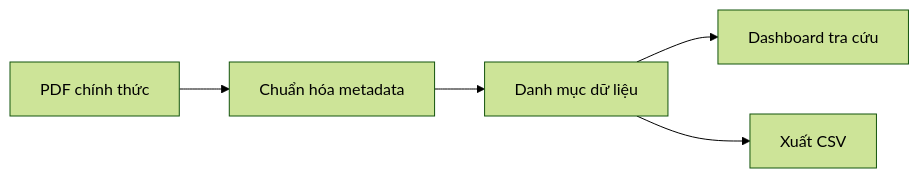
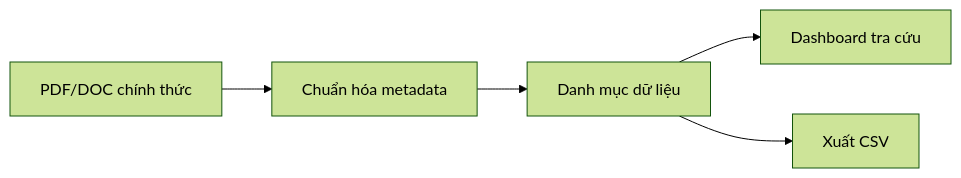
The diagram in README.md (Base27-CVNSS/bigmath), drawn with Mermaid (forest theme) before and after one commit. The commit also changed other lines of this file and 13 other files, not shown here.

````diff
--- a/README.md
+++ b/README.md
@@ -57,7 +63,7 @@
 ```mermaid
 flowchart LR
-    A["PDF chính thức"] --> B["Chuẩn hóa metadata"]
+    A["PDF/DOC chính thức"] --> B["Chuẩn hóa metadata"]
     B --> C["Danh mục dữ liệu"]
     C --> D["Dashboard tra cứu"]
     C --> E["Xuất CSV"]
 ```
````
